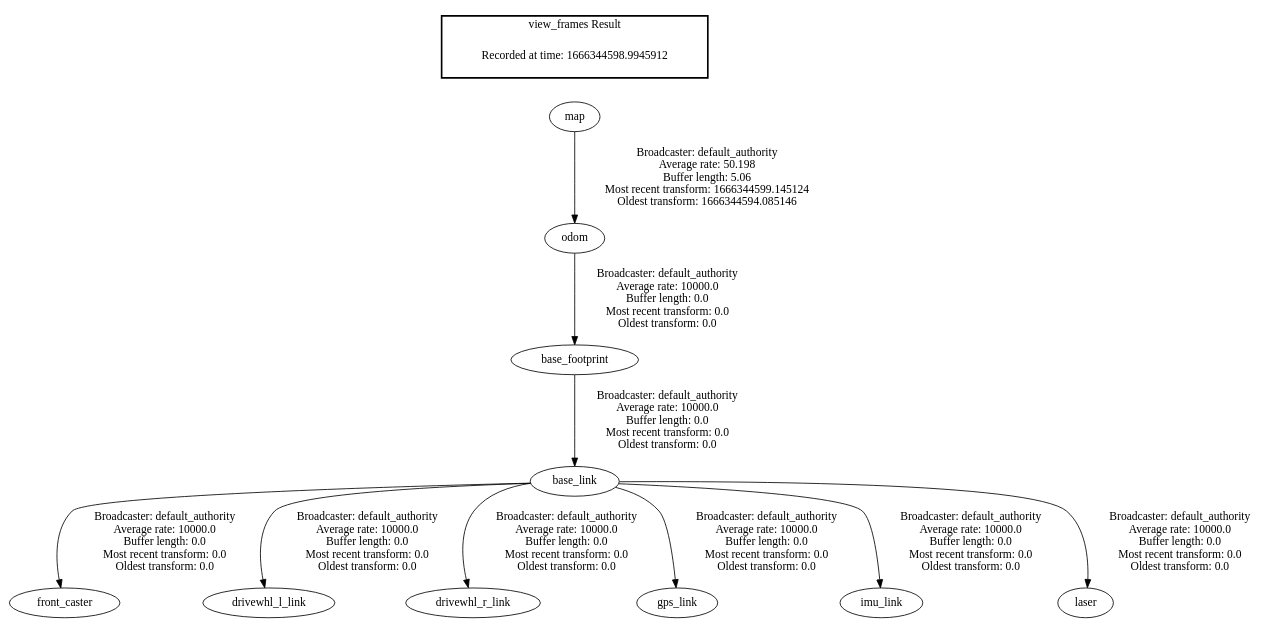
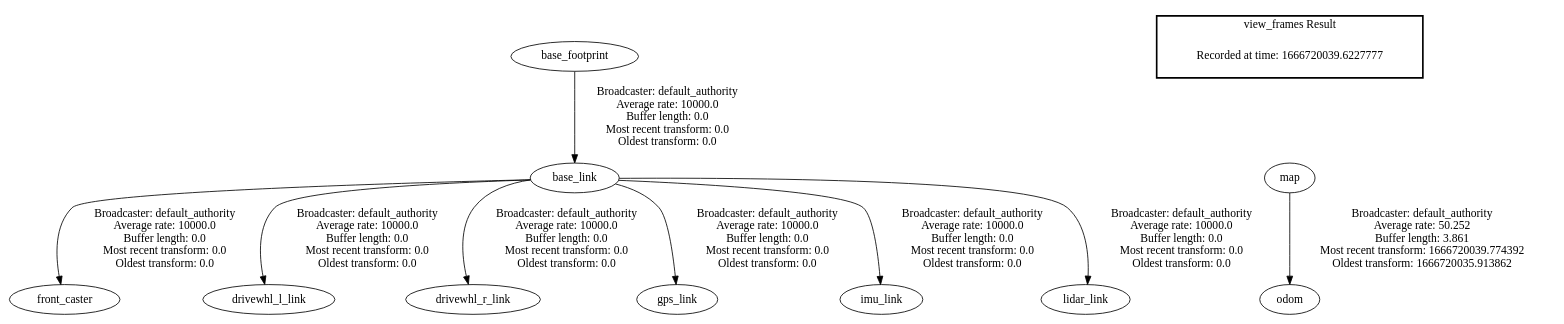
Before and after one commit to men18300/ROS-ROVER-UVG: the diagram in frames.gv, drawn with Graphviz. The commit also changed 847 other files, not shown here.

```diff
--- a/frames.gv
+++ b/frames.gv
@@ -1,15 +1,14 @@
 digraph G {
-"map" -> "odom"[label=" Broadcaster: default_authority\nAverage rate: 50.198\nBuffer length: 5.06\nMost recent transform: 1666344599.145124\nOldest transform: 1666344594.085146\n"];
-"odom" -> "base_footprint"[label=" Broadcaster: default_authority\nAverage rate: 10000.0\nBuffer length: 0.0\nMost recent transform: 0.0\nOldest transform: 0.0\n"];
 "base_footprint" -> "base_link"[label=" Broadcaster: default_authority\nAverage rate: 10000.0\nBuffer length: 0.0\nMost recent transform: 0.0\nOldest transform: 0.0\n"];
 "base_link" -> "front_caster"[label=" Broadcaster: default_authority\nAverage rate: 10000.0\nBuffer length: 0.0\nMost recent transform: 0.0\nOldest transform: 0.0\n"];
 "base_link" -> "drivewhl_l_link"[label=" Broadcaster: default_authority\nAverage rate: 10000.0\nBuffer length: 0.0\nMost recent transform: 0.0\nOldest transform: 0.0\n"];
 "base_link" -> "drivewhl_r_link"[label=" Broadcaster: default_authority\nAverage rate: 10000.0\nBuffer length: 0.0\nMost recent transform: 0.0\nOldest transform: 0.0\n"];
 "base_link" -> "gps_link"[label=" Broadcaster: default_authority\nAverage rate: 10000.0\nBuffer length: 0.0\nMost recent transform: 0.0\nOldest transform: 0.0\n"];
 "base_link" -> "imu_link"[label=" Broadcaster: default_authority\nAverage rate: 10000.0\nBuffer length: 0.0\nMost recent transform: 0.0\nOldest transform: 0.0\n"];
-"base_link" -> "laser"[label=" Broadcaster: default_authority\nAverage rate: 10000.0\nBuffer length: 0.0\nMost recent transform: 0.0\nOldest transform: 0.0\n"];
+"base_link" -> "lidar_link"[label=" Broadcaster: default_authority\nAverage rate: 10000.0\nBuffer length: 0.0\nMost recent transform: 0.0\nOldest transform: 0.0\n"];
+"map" -> "odom"[label=" Broadcaster: default_authority\nAverage rate: 50.252\nBuffer length: 3.861\nMost recent transform: 1666720039.774392\nOldest transform: 1666720035.913862\n"];
 edge [style=invis];
  subgraph cluster_legend { style=bold; color=black; label ="view_frames Result";
-"Recorded at time: 1666344598.9945912"[ shape=plaintext ] ;
+"Recorded at time: 1666720039.6227777"[ shape=plaintext ] ;
 }->"map";
 }
```
